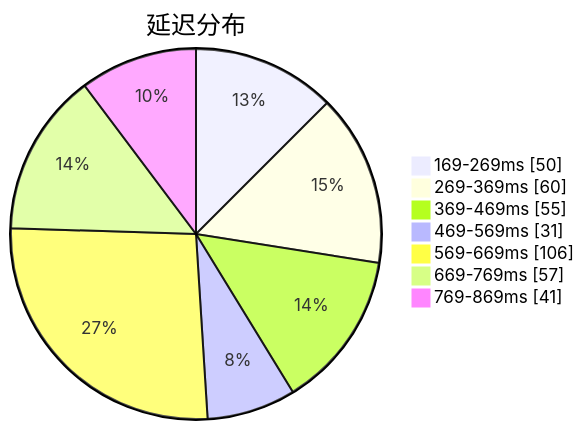
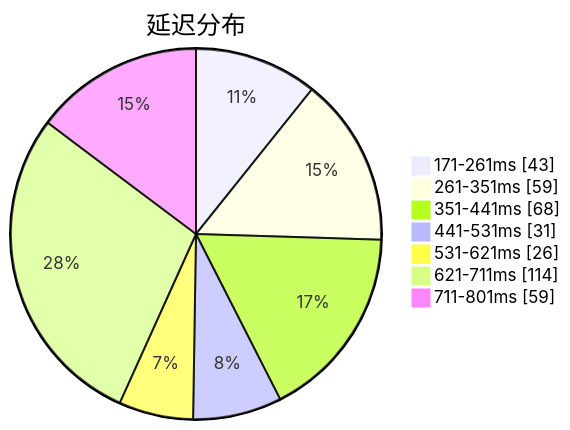
Before and after one commit to qjlxg/airport: the first of 3 diagrams in subs/statistics/tested_within.md, drawn with Mermaid. The commit also changed other lines of this file and 2 other files, not shown here.

````diff
--- a/subs/statistics/tested_within.md
+++ b/subs/statistics/tested_within.md
@@ -2,11 +2,11 @@
 ```mermaid
 pie showData
 title 延迟分布
-"169-269ms" : 50
-"269-369ms" : 60
-"369-469ms" : 55
-"469-569ms" : 31
-"569-669ms" : 106
-"669-769ms" : 57
-"769-869ms" : 41
+"171-261ms" : 43
+"261-351ms" : 59
+"351-441ms" : 68
+"441-531ms" : 31
+"531-621ms" : 26
+"621-711ms" : 114
+"711-801ms" : 59
 ```
````
